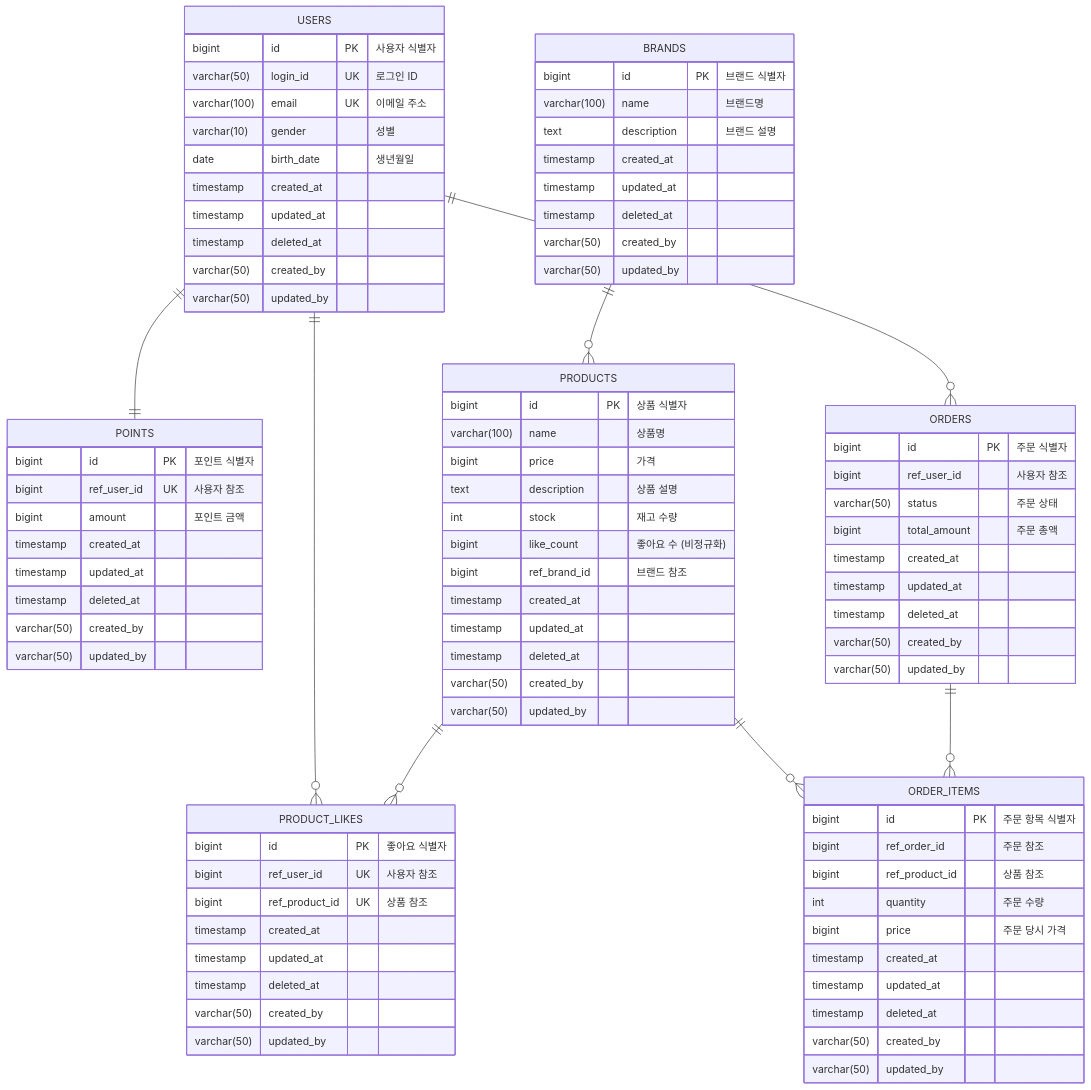
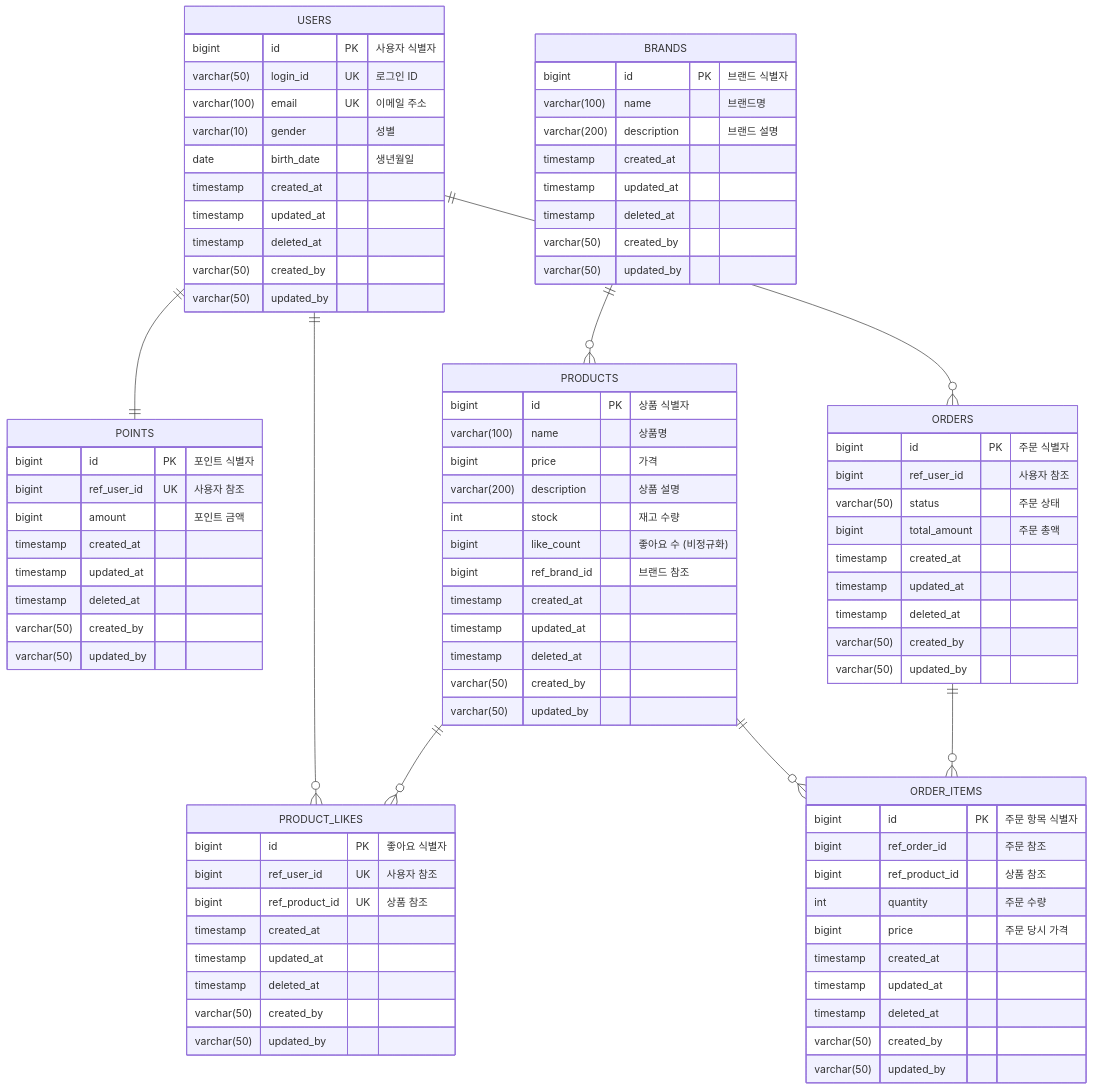
One commit to Loopers-dev-lab/loopers-spring-java-template changed the diagram in docs/design/04-erd.md. Above: the diagram before and after it, drawn with Mermaid. The commit also changed other lines of this file and 4 other files, not shown here.

```diff
--- a/docs/design/04-erd.md
+++ b/docs/design/04-erd.md
@@ -57,7 +57,7 @@
     BRANDS {
         bigint id PK "브랜드 식별자"
         varchar(100) name "브랜드명"
-        text description "브랜드 설명"
+        varchar(200) description "브랜드 설명"
         timestamp created_at
         timestamp updated_at
         timestamp deleted_at
@@ -69,7 +69,7 @@
         bigint id PK "상품 식별자"
         varchar(100) name "상품명"
         bigint price "가격"
-        text description "상품 설명"
+        varchar(200) description "상품 설명"
         int stock "재고 수량"
         bigint like_count "좋아요 수 (비정규화)"
         bigint ref_brand_id "브랜드 참조"
```
